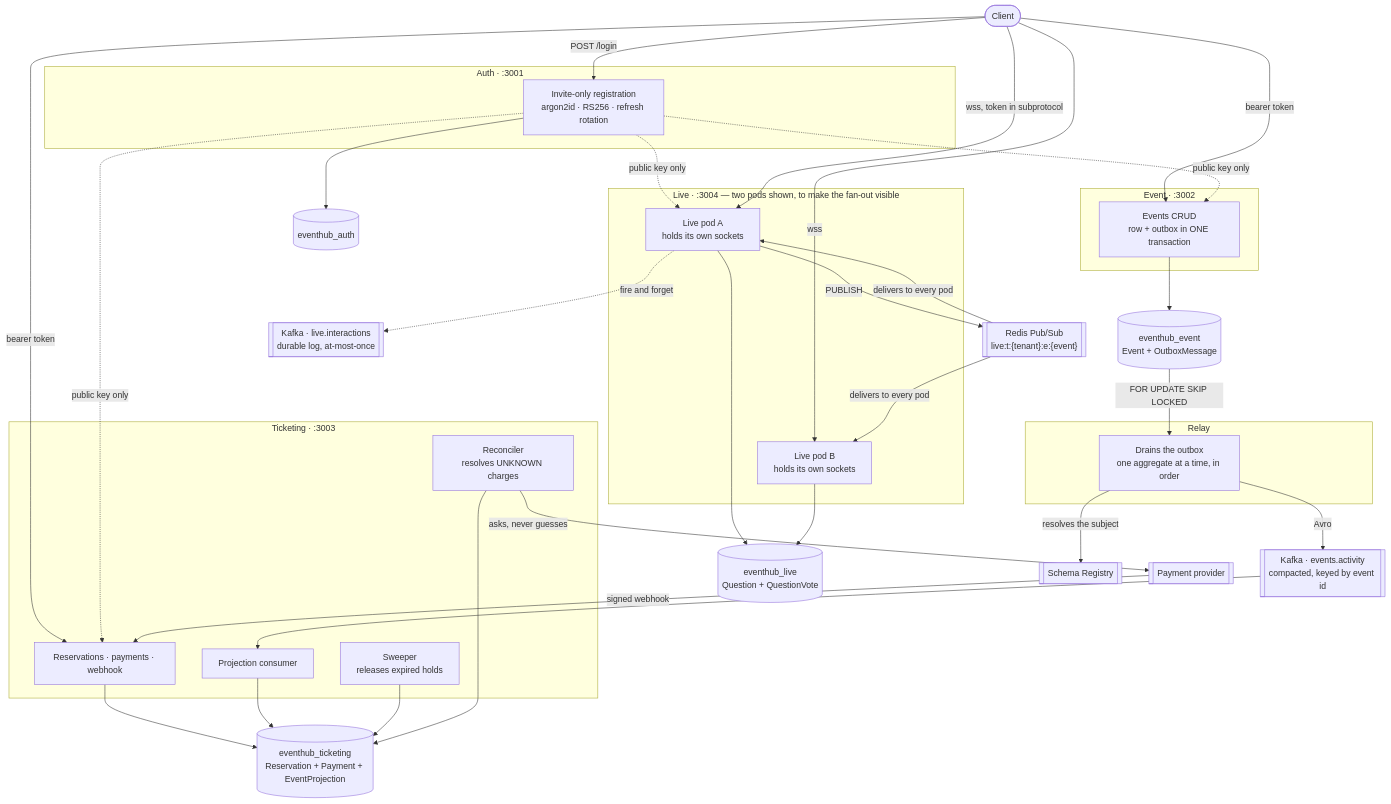
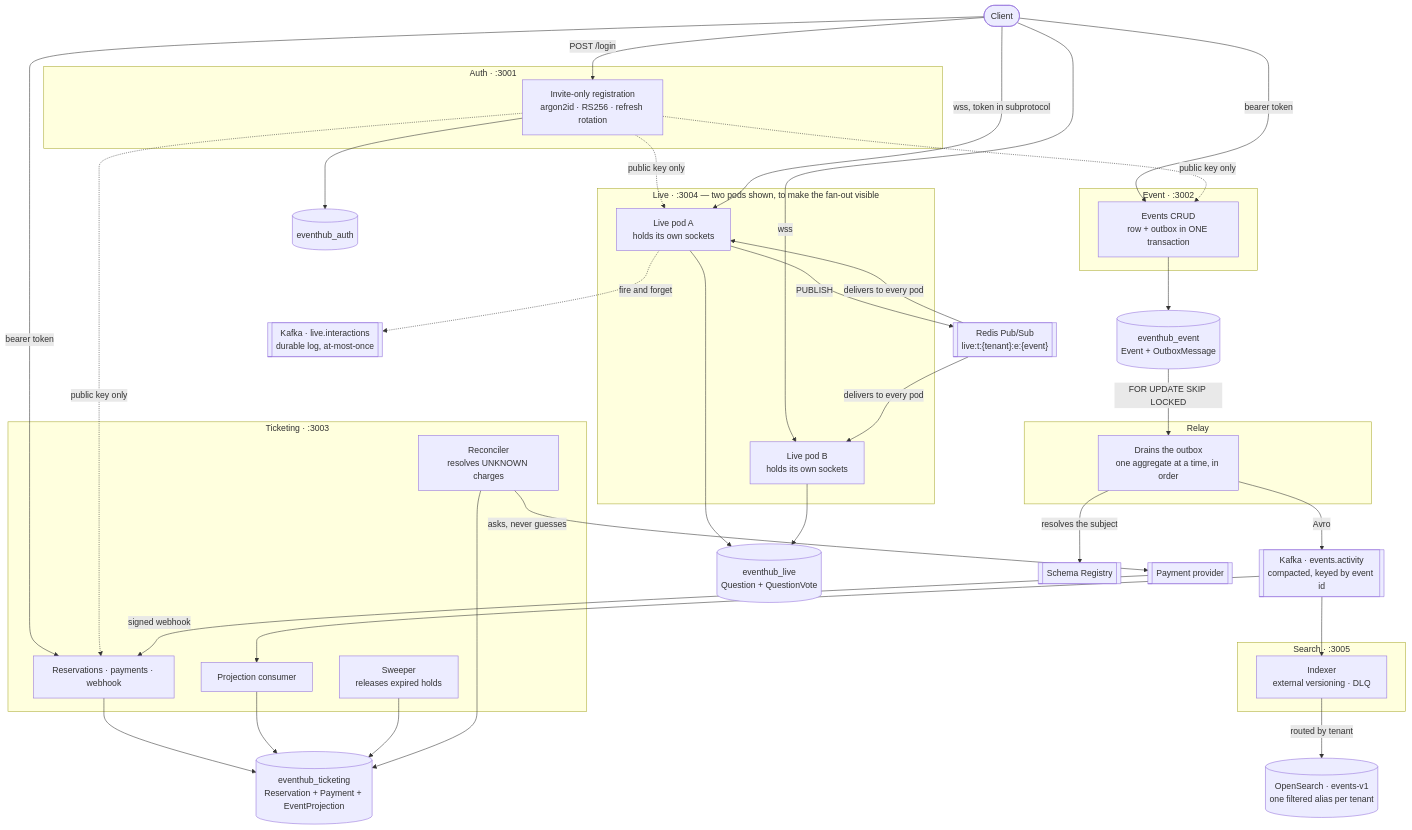
One commit to Alfred-Goh02/EventHub changed the diagram in README.md. Above: the diagram before and after it, drawn with Mermaid. The commit also changed other lines of this file and 15 other files, not shown here.

First line of the commit message:
Chapter 6, part 2: the indexer keeps search current, and nothing Kafka delivers can corrupt it

````diff
--- a/README.md
+++ b/README.md
@@ -93,69 +93,75 @@
 ```mermaid
 flowchart TB
   subgraph AUTHSVC["Auth · :3001"]
     AUTH["Invite-only registration<br/>argon2id · RS256 · refresh rotation"]
   end
 
   subgraph EVENTSVC["Event · :3002"]
     EVENT["Events CRUD<br/>row + outbox in ONE transaction"]
   end
 
   subgraph RELAYSVC["Relay"]
     RELAY["Drains the outbox<br/>one aggregate at a time, in order"]
   end
 
   subgraph TKTSVC["Ticketing · :3003"]
     TKT["Reservations · payments · webhook"]
     PROJ["Projection consumer"]
     SWEEP["Sweeper<br/>releases expired holds"]
     RECON["Reconciler<br/>resolves UNKNOWN charges"]
   end
 
   subgraph LIVESVC["Live · :3004 — two pods shown, to make the fan-out visible"]
     LIVEA["Live pod A<br/>holds its own sockets"]
     LIVEB["Live pod B<br/>holds its own sockets"]
+  end
+
+  subgraph SEARCHSVC["Search · :3005"]
+    INDEXER["Indexer<br/>external versioning · DLQ"]
   end
 
   CLIENT(["Client"])
   DBAUTH[("eventhub_auth")]
   DBEVENT[("eventhub_event<br/>Event + OutboxMessage")]
   DBTKT[("eventhub_ticketing<br/>Reservation + Payment + EventProjection")]
   DBLIVE[("eventhub_live<br/>Question + QuestionVote")]
   KAFKA[["Kafka · events.activity<br/>compacted, keyed by event id"]]
   KAFKALIVE[["Kafka · live.interactions<br/>durable log, at-most-once"]]
   REDIS[["Redis Pub/Sub<br/>live:t:{tenant}:e:{event}"]]
   REGISTRY[["Schema Registry"]]
   PROVIDER[["Payment provider"]]
 
   CLIENT -->|"POST /login"| AUTH
   CLIENT -->|"bearer token"| EVENT
   CLIENT -->|"bearer token"| TKT
 
   AUTH -.->|"public key only"| EVENT
   AUTH -.->|"public key only"| TKT
   AUTH -.->|"public key only"| LIVEA
 
   AUTH --> DBAUTH
   EVENT --> DBEVENT
   TKT --> DBTKT
   PROJ --> DBTKT
   SWEEP --> DBTKT
   RECON --> DBTKT
 
   DBEVENT -->|"FOR UPDATE SKIP LOCKED"| RELAY
   RELAY -->|"resolves the subject"| REGISTRY
   RELAY -->|"Avro"| KAFKA
   KAFKA --> PROJ
+  KAFKA --> INDEXER
+  INDEXER -->|"routed by tenant"| OPENSEARCH[("OpenSearch · events-v1<br/>one filtered alias per tenant")]
 
   RECON -->|"asks, never guesses"| PROVIDER
   PROVIDER -->|"signed webhook"| TKT
 
   CLIENT -->|"wss, token in subprotocol"| LIVEA
   CLIENT -->|"wss"| LIVEB
   LIVEA --> DBLIVE
   LIVEB --> DBLIVE
   LIVEA -->|"PUBLISH"| REDIS
   REDIS -->|"delivers to every pod"| LIVEA
   REDIS -->|"delivers to every pod"| LIVEB
   LIVEA -.->|"fire and forget"| KAFKALIVE
 ```
````
